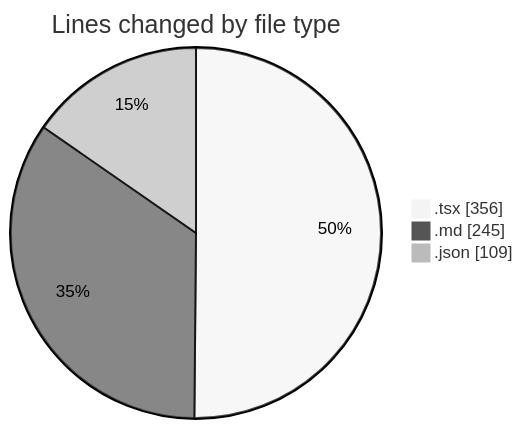
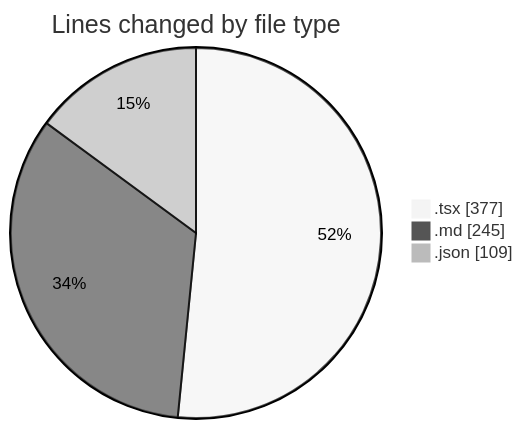
Before and after one commit to momahboobian/code-tracking: the first of 2 diagrams in 2025-12-12/cda/README.md, drawn with Mermaid (neutral theme). The commit also changed other lines of this file and 1 other file, not shown here.

````diff
--- a/2025-12-12/cda/README.md
+++ b/2025-12-12/cda/README.md
@@ -24,7 +24,7 @@
 ```mermaid
 pie showData
 title Lines changed by file type
-".tsx" : 356
+".tsx" : 377
 ".md" : 245
 ".json" : 109
 ```
````
